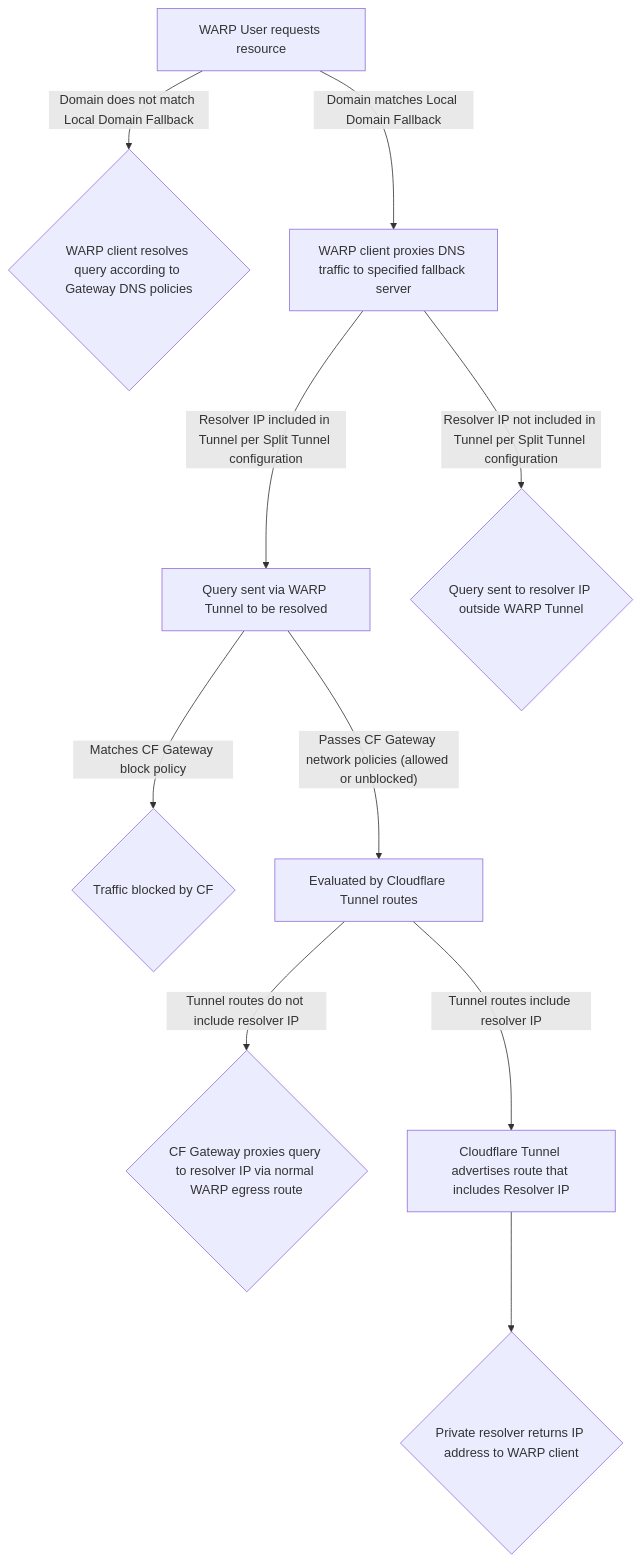
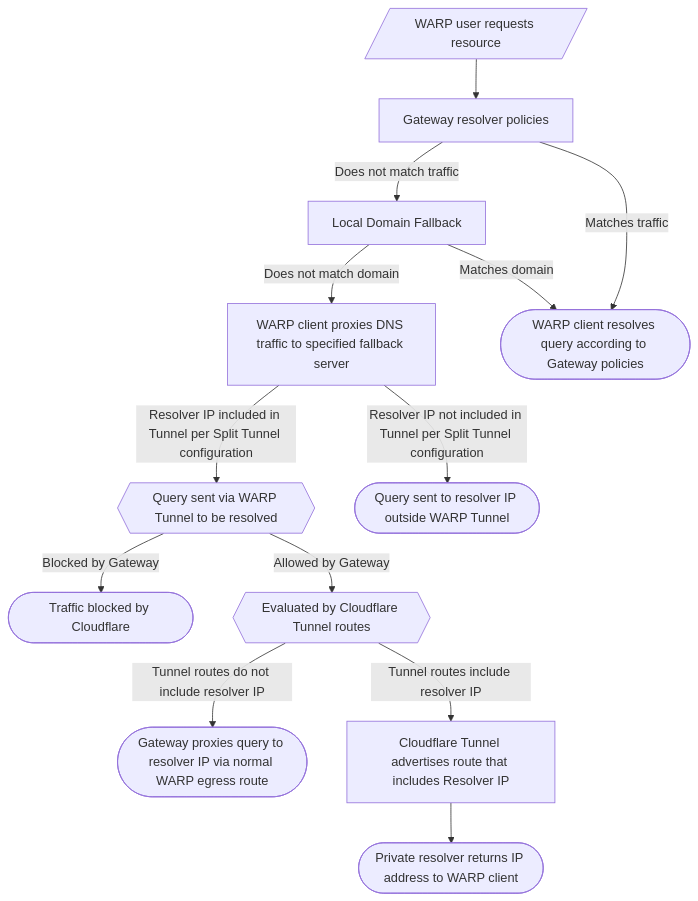
Before and after one commit to Johnspp93/cloudflare-docs: the diagram in src/content/docs/cloudflare-one/connections/connect-devices/warp/configure-warp/route-traffic/index.mdx, drawn with Mermaid. The commit also changed other lines of this file, not shown here.

Commit message:
Revamp diagram

````diff
--- a/src/content/docs/cloudflare-one/connections/connect-devices/warp/configure-warp/route-traffic/index.mdx
+++ b/src/content/docs/cloudflare-one/connections/connect-devices/warp/configure-warp/route-traffic/index.mdx
@@ -27,13 +27,27 @@
 ```mermaid
 flowchart TD
-accTitle: WARP traffic is evaluated and routed through various parts of the Cloudflare network
-A[WARP User requests resource] -- Domain does not match Local Domain Fallback --> C{WARP client resolves query according to Gateway DNS policies}
-A -- Domain matches Local Domain Fallback --> D[WARP client proxies DNS traffic to specified fallback server]
-D -- Resolver IP included in Tunnel per Split Tunnel configuration --> E[Query sent via WARP Tunnel to be resolved]
-D -- Resolver IP not included in Tunnel per Split Tunnel configuration --> F{Query sent to resolver IP outside WARP Tunnel}
-E -- Matches CF Gateway block policy --> G{Traffic blocked by CF}
-E -- "Passes CF Gateway network policies (allowed or unblocked)" --> H[Evaluated by Cloudflare Tunnel routes]
-H -- Tunnel routes do not include resolver IP --> I{CF Gateway proxies query to resolver IP via normal WARP egress route}
-H -- Tunnel routes include resolver IP --> J[Cloudflare Tunnel advertises route that includes Resolver IP]
-J --> L{Private resolver returns IP address to WARP client}
+    D["WARP client proxies DNS traffic to specified fallback server"] -- Resolver IP included in Tunnel per Split Tunnel configuration --> E["Query sent via WARP Tunnel to be resolved"]
+    D -- Resolver IP not included in Tunnel per Split Tunnel configuration --> F["Query sent to resolver IP outside WARP Tunnel"]
+    E -- Blocked by Gateway --> G["Traffic blocked by Cloudflare"]
+    E -- Allowed by Gateway --> H["Evaluated by Cloudflare Tunnel routes"]
+    H -- Tunnel routes do not include resolver IP --> I["Gateway proxies query to resolver IP via normal WARP egress route"]
+    H -- Tunnel routes include resolver IP --> J["Cloudflare Tunnel advertises route that includes Resolver IP"]
+    J --> L["Private resolver returns IP address to WARP client"]
+    n1["Local Domain Fallback"] -- Matches domain --> C["WARP client resolves query according to Gateway policies"]
+    n1 -- Does not match domain --> D
+    A["WARP user requests resource"] --> n2["Gateway resolver policies"]
+    n2 -- Does not match traffic --> n1
+    n2 -- Matches traffic --> C
+
+    D@{ shape: rect}
+    E@{ shape: hex}
+    F@{ shape: terminal}
+    G@{ shape: terminal}
+    H@{ shape: hex}
+    I@{ shape: terminal}
+    L@{ shape: terminal}
+    n1@{ shape: proc}
+    C@{ shape: terminal}
+    A@{ shape: in-out}
+    n2@{ shape: proc}
 ```
````
